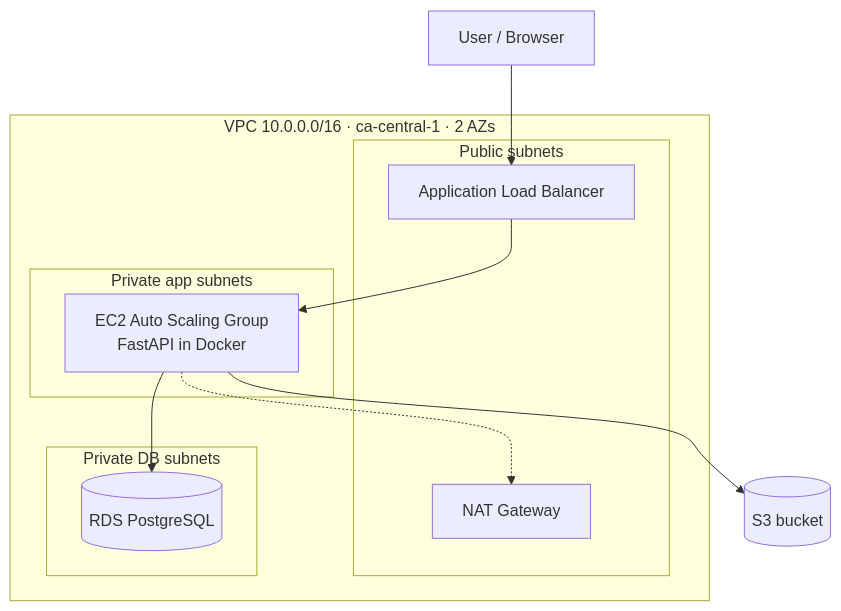
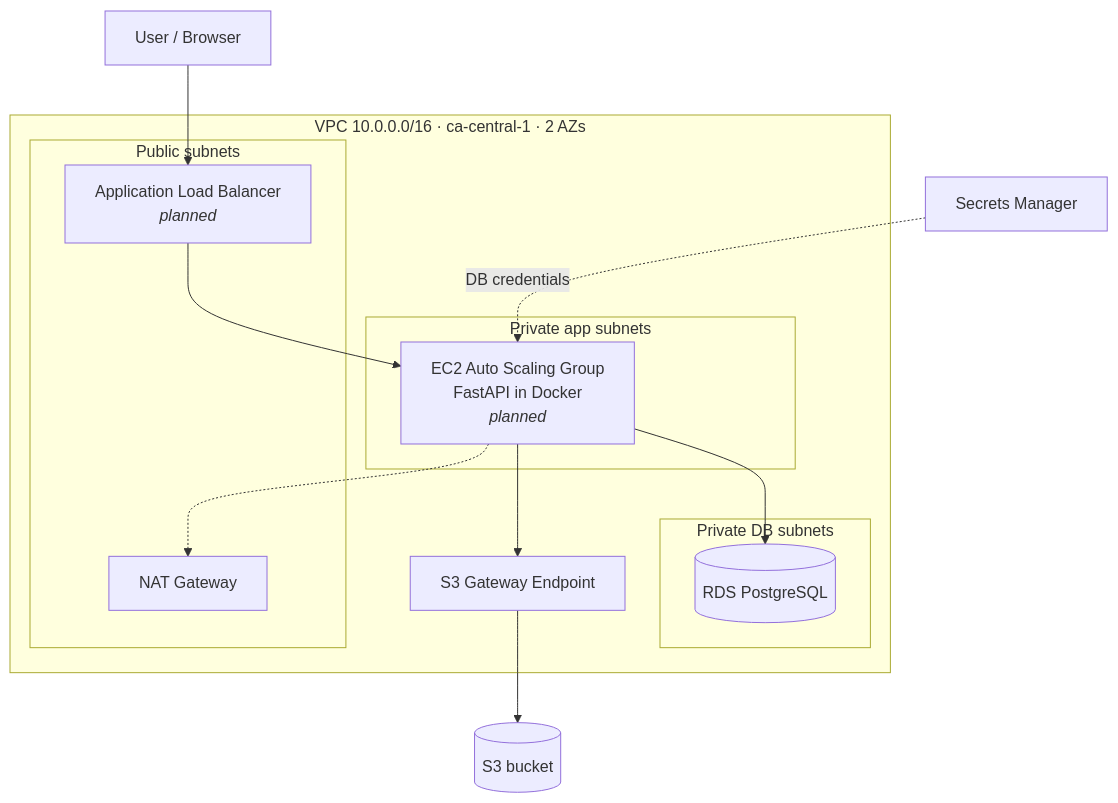
One commit to naraianlegrand/aws-3tier-engops-portal changed the diagram in README.md. Above: the diagram before and after it, drawn with Mermaid. The commit also changed other lines of this file and 1 other file, not shown here.

````diff
--- a/README.md
+++ b/README.md
@@ -11,19 +13,21 @@
 ```mermaid
 flowchart TB
     U[User / Browser] --> ALB
     subgraph VPC["VPC 10.0.0.0/16 · ca-central-1 · 2 AZs"]
         subgraph PUB["Public subnets"]
-            ALB[Application Load Balancer]
+            ALB[Application Load Balancer<br/><i>planned</i>]
             NAT[NAT Gateway]
         end
         subgraph APP["Private app subnets"]
-            ASG[EC2 Auto Scaling Group<br/>FastAPI in Docker]
+            ASG[EC2 Auto Scaling Group<br/>FastAPI in Docker<br/><i>planned</i>]
         end
         subgraph DB["Private DB subnets"]
             RDS[(RDS PostgreSQL)]
         end
+        S3EP[S3 Gateway Endpoint]
     end
     ALB --> ASG --> RDS
-    ASG --> S3[(S3 bucket)]
+    ASG --> S3EP --> S3[(S3 bucket)]
     ASG -.-> NAT
+    SM[Secrets Manager] -. DB credentials .-> ASG
 ```
````
